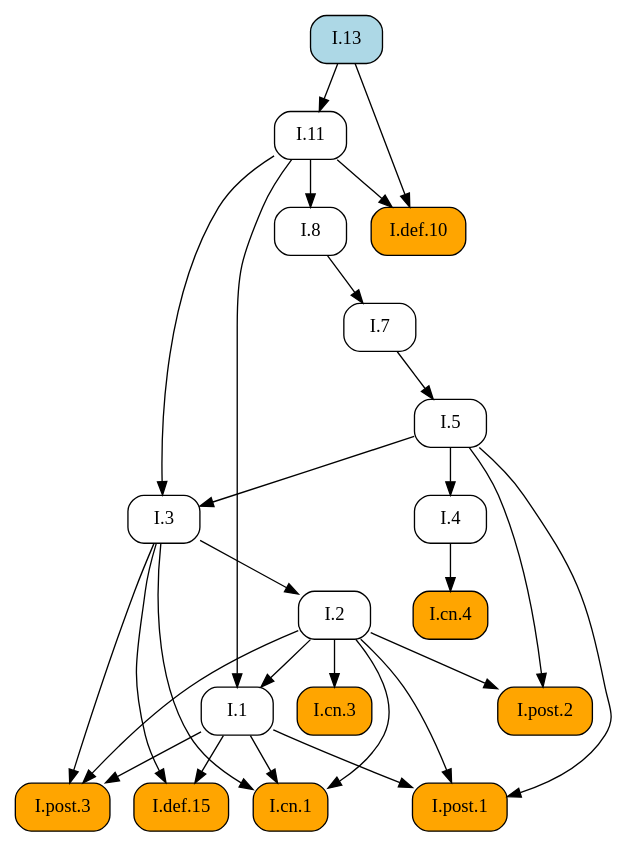
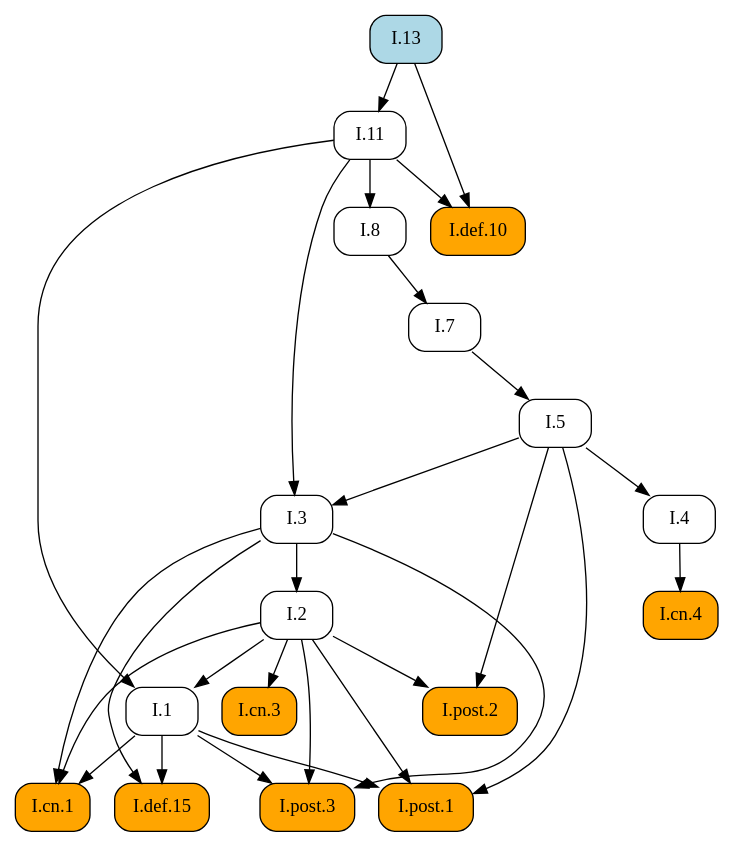
One commit to geometor/elements changed the diagram in docsrc/elements2/I/13/index.rst. Above: the diagram before and after it, drawn with Graphviz. The commit also changed other lines of this file and 409 other files, not shown here.

First line of the commit message:
feat: Add image cropping and graphic extraction script

```diff
--- a/docsrc/elements2/I/13/index.rst
+++ b/docsrc/elements2/I/13/index.rst
@@ -72,50 +72,50 @@
 .. graphviz::
 
    digraph {
      rankdir="TB";
      node [shape=box, style=rounded];
+     "I.def.15" [style="rounded,filled", fillcolor=orange, URL="/elements2/I/def.15/", target="_top"];
+     "I.def.10" [style="rounded,filled", fillcolor=orange, URL="/elements2/I/def.10/", target="_top"];
+     "I.11" [URL="/elements2/I/11/", target="_top"];
      "I.8" [URL="/elements2/I/8/", target="_top"];
-     "I.1" [URL="/elements2/I/1/", target="_top"];
+     "I.5" [URL="/elements2/I/5/", target="_top"];
+     "I.3" [URL="/elements2/I/3/", target="_top"];
      "I.cn.3" [style="rounded,filled", fillcolor=orange, URL="/elements2/I/cn.3/", target="_top"];
-     "I.cn.4" [style="rounded,filled", fillcolor=orange, URL="/elements2/I/cn.4/", target="_top"];
+     "I.cn.1" [style="rounded,filled", fillcolor=orange, URL="/elements2/I/cn.1/", target="_top"];
+     "I.13" [style="rounded,filled", fillcolor=lightblue, URL="/elements2/I/13/", target="_top"];
+     "I.4" [URL="/elements2/I/4/", target="_top"];
+     "I.post.3" [style="rounded,filled", fillcolor=orange, URL="/elements2/I/post.3/", target="_top"];
      "I.7" [URL="/elements2/I/7/", target="_top"];
      "I.post.1" [style="rounded,filled", fillcolor=orange, URL="/elements2/I/post.1/", target="_top"];
-     "I.5" [URL="/elements2/I/5/", target="_top"];
-     "I.cn.1" [style="rounded,filled", fillcolor=orange, URL="/elements2/I/cn.1/", target="_top"];
-     "I.def.10" [style="rounded,filled", fillcolor=orange, URL="/elements2/I/def.10/", target="_top"];
-     "I.13" [style="rounded,filled", fillcolor=lightblue, URL="/elements2/I/13/", target="_top"];
      "I.2" [URL="/elements2/I/2/", target="_top"];
-     "I.def.15" [style="rounded,filled", fillcolor=orange, URL="/elements2/I/def.15/", target="_top"];
-     "I.4" [URL="/elements2/I/4/", target="_top"];
-     "I.11" [URL="/elements2/I/11/", target="_top"];
-     "I.3" [URL="/elements2/I/3/", target="_top"];
+     "I.1" [URL="/elements2/I/1/", target="_top"];
+     "I.cn.4" [style="rounded,filled", fillcolor=orange, URL="/elements2/I/cn.4/", target="_top"];
      "I.post.2" [style="rounded,filled", fillcolor=orange, URL="/elements2/I/post.2/", target="_top"];
-     "I.post.3" [style="rounded,filled", fillcolor=orange, URL="/elements2/I/post.3/", target="_top"];
+     "I.1" -> "I.def.15";
+     "I.3" -> "I.def.15";
+     "I.11" -> "I.def.10";
+     "I.13" -> "I.def.10";
+     "I.13" -> "I.11";
      "I.11" -> "I.8";
-     "I.2" -> "I.1";
-     "I.11" -> "I.1";
+     "I.7" -> "I.5";
+     "I.5" -> "I.3";
+     "I.11" -> "I.3";
      "I.2" -> "I.cn.3";
-     "I.4" -> "I.cn.4";
+     "I.1" -> "I.cn.1";
+     "I.2" -> "I.cn.1";
+     "I.3" -> "I.cn.1";
+     "I.5" -> "I.4";
+     "I.1" -> "I.post.3";
+     "I.2" -> "I.post.3";
+     "I.3" -> "I.post.3";
      "I.8" -> "I.7";
      "I.1" -> "I.post.1";
      "I.2" -> "I.post.1";
      "I.5" -> "I.post.1";
-     "I.7" -> "I.5";
-     "I.1" -> "I.cn.1";
-     "I.2" -> "I.cn.1";
-     "I.3" -> "I.cn.1";
-     "I.11" -> "I.def.10";
-     "I.13" -> "I.def.10";
      "I.3" -> "I.2";
-     "I.1" -> "I.def.15";
-     "I.3" -> "I.def.15";
-     "I.5" -> "I.4";
-     "I.13" -> "I.11";
-     "I.5" -> "I.3";
-     "I.11" -> "I.3";
+     "I.2" -> "I.1";
+     "I.11" -> "I.1";
+     "I.4" -> "I.cn.4";
      "I.2" -> "I.post.2";
      "I.5" -> "I.post.2";
-     "I.1" -> "I.post.3";
-     "I.2" -> "I.post.3";
-     "I.3" -> "I.post.3";
    }
```
